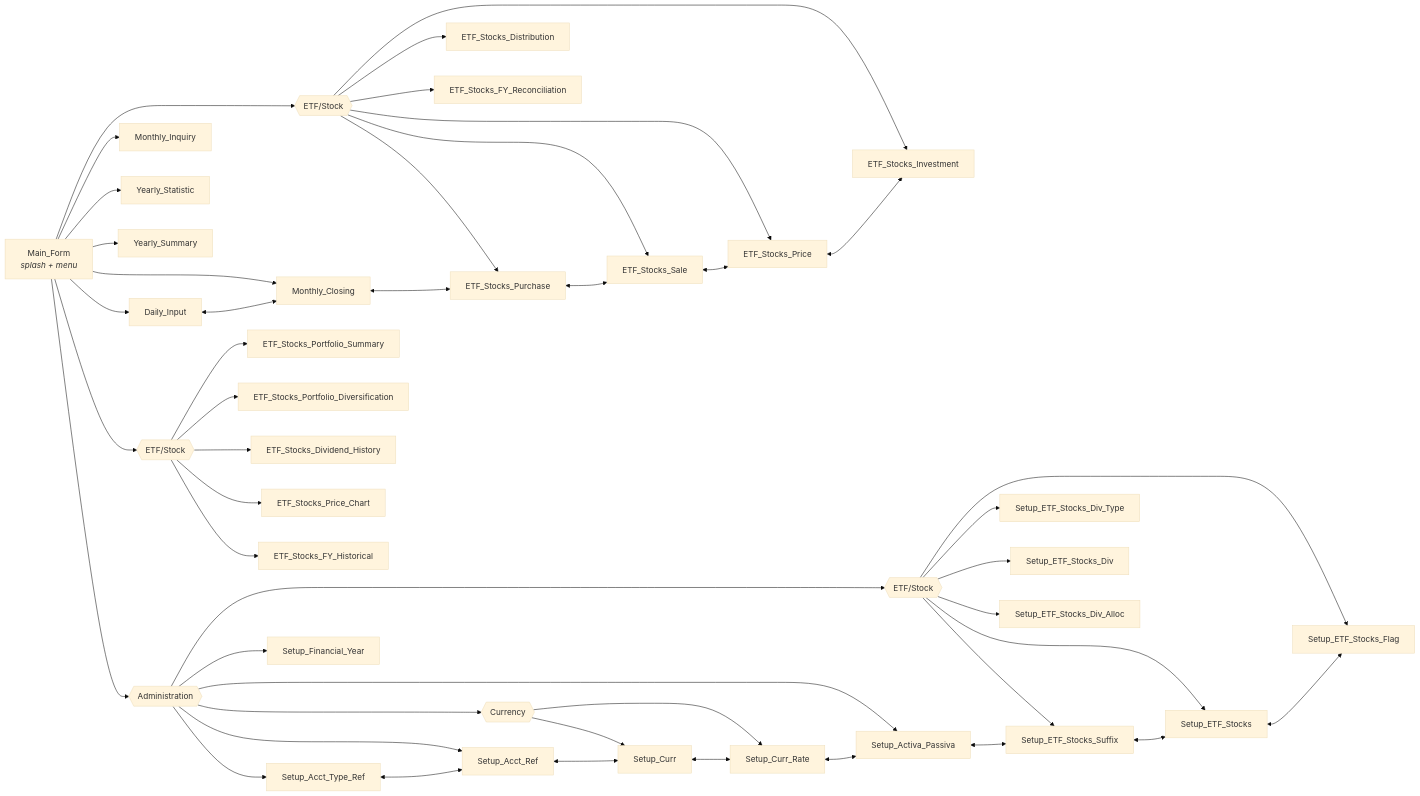
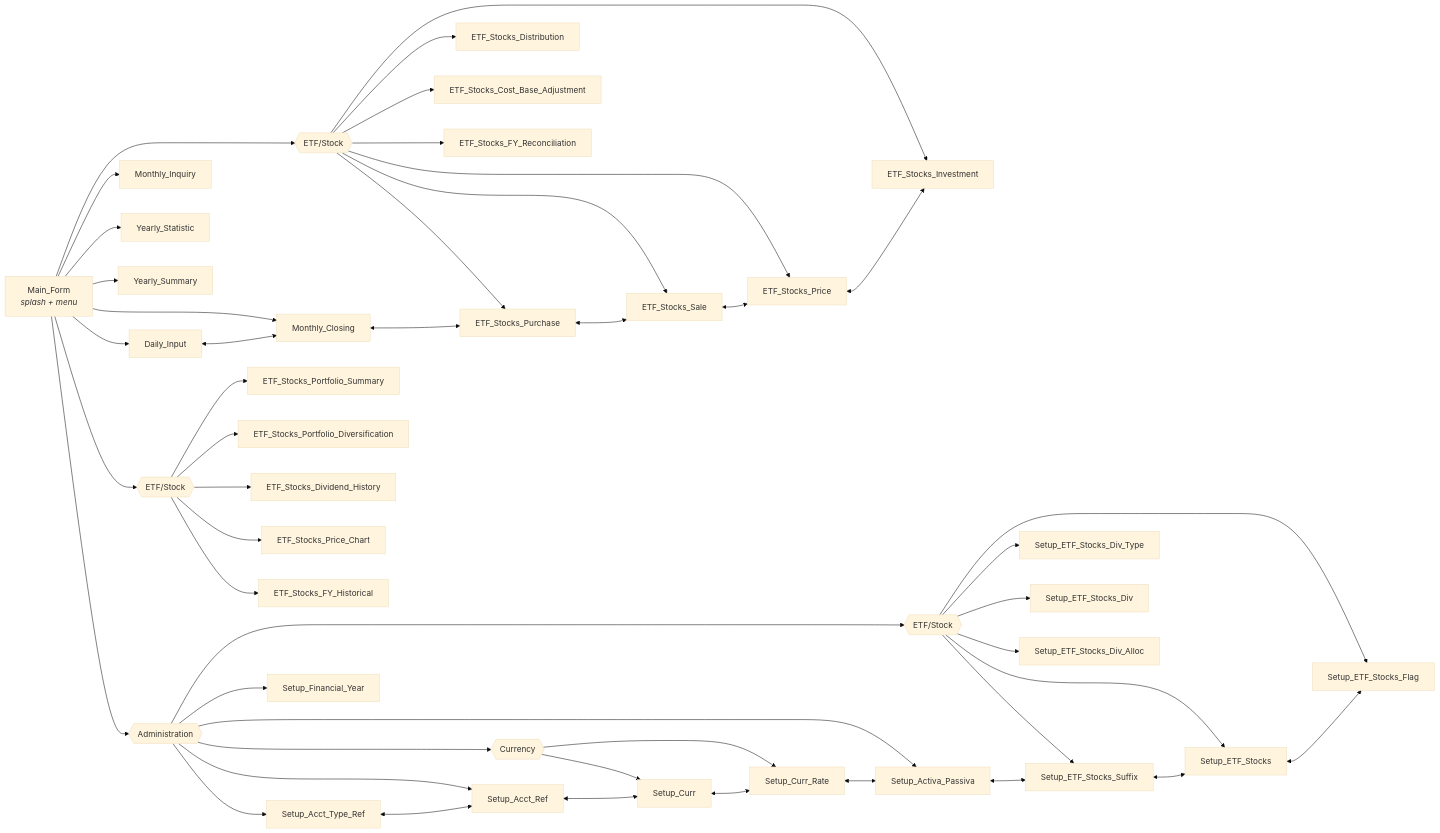
One commit to oscar-rijadi/FinancialBalance changed the second of 3 diagrams in README.md. Above: the diagram before and after it, drawn with Mermaid (base theme). The commit also changed other lines of this file and 51 other files, not shown here.

Commit message:
Implement Cost Base Adjustment

````diff
--- a/README.md
+++ b/README.md
@@ -101,53 +101,54 @@
 ```mermaid
 flowchart LR
     MAIN["Main_Form<br/><i>splash + menu</i>"]
 
     MAIN --> DI["Daily_Input"]
     MAIN --> MC["Monthly_Closing"]
     MAIN --> PETFG{{"ETF/Stock"}}
     PETFG --> ETP["ETF_Stocks_Price"]
     PETFG --> ETI["ETF_Stocks_Investment"]
     PETFG --> ETB["ETF_Stocks_Purchase"]
     PETFG --> ETS["ETF_Stocks_Sale"]
     PETFG --> ETD["ETF_Stocks_Distribution"]
+    PETFG --> ECB["ETF_Stocks_Cost_Base_Adjustment"]
     PETFG --> ETR["ETF_Stocks_FY_Reconciliation"]
     MAIN --> MI["Monthly_Inquiry"]
     MAIN --> YT["Yearly_Statistic"]
     MAIN --> YS["Yearly_Summary"]
     MAIN --> PORTG{{"ETF/Stock"}}
     PORTG --> PSUM["ETF_Stocks_Portfolio_Summary"]
     PORTG --> PDIV["ETF_Stocks_Portfolio_Diversification"]
     PORTG --> PDVH["ETF_Stocks_Dividend_History"]
     PORTG --> PPCH["ETF_Stocks_Price_Chart"]
     PORTG --> PFYH["ETF_Stocks_FY_Historical"]
 
     MAIN --> ADMIN{{"Administration"}}
     ADMIN --> SATR["Setup_Acct_Type_Ref"]
     ADMIN --> SAR["Setup_Acct_Ref"]
     ADMIN --> CURG{{"Currency"}}
     CURG --> SC["Setup_Curr"]
     CURG --> SCR["Setup_Curr_Rate"]
     ADMIN --> SAP["Setup_Activa_Passiva"]
     ADMIN --> SFY["Setup_Financial_Year"]
     ADMIN --> ETFG{{"ETF/Stock"}}
     ETFG --> SES["Setup_ETF_Stocks_Suffix"]
     ETFG --> SET["Setup_ETF_Stocks"]
     ETFG --> SEF["Setup_ETF_Stocks_Flag"]
     ETFG --> SDT["Setup_ETF_Stocks_Div_Type"]
     ETFG --> SDV["Setup_ETF_Stocks_Div"]
     ETFG --> SDA["Setup_ETF_Stocks_Div_Alloc"]
 
     DI <--> MC
     MC <--> ETB
     ETB <--> ETS
     ETS <--> ETP
     ETP <--> ETI
 
     SATR <--> SAR
     SAR <--> SC
     SC <--> SCR
     SCR <--> SAP
     SAP <--> SES
     SES <--> SET
     SET <--> SEF
 ```
````
